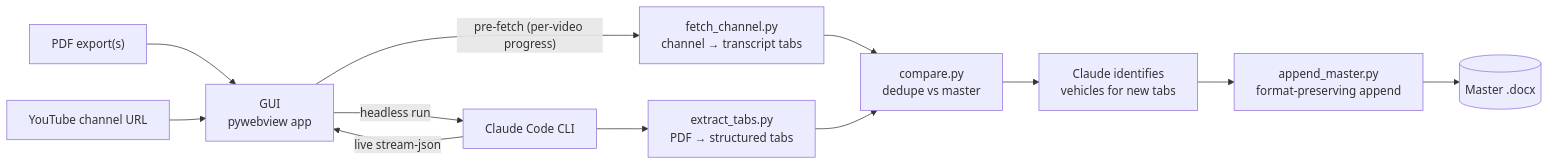
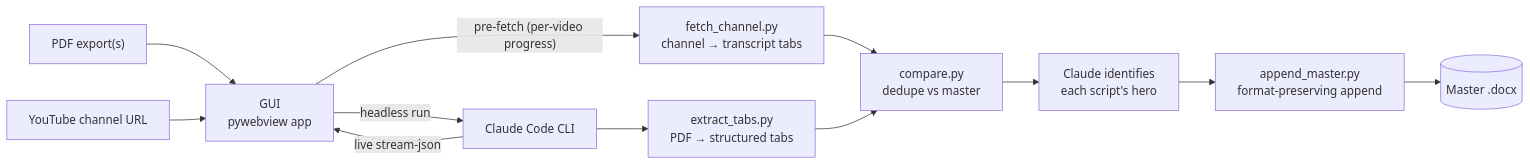
The diagram in README.md (kabeermahmood/script-index-updater), drawn with Mermaid before and after one commit. The commit also changed other lines of this file and 6 other files, not shown here.

````diff
--- a/README.md
+++ b/README.md
@@ -36,14 +36,14 @@
 ```mermaid
 flowchart LR
     A["PDF export(s)"] --> B[GUI<br/>pywebview app]
     A2["YouTube channel URL"] --> B
     B -->|"pre-fetch (per-video progress)"| D2[fetch_channel.py<br/>channel → transcript tabs]
     B -->|headless run| C[Claude Code CLI]
     C --> D[extract_tabs.py<br/>PDF → structured tabs]
     D2 --> E
     D --> E[compare.py<br/>dedupe vs master]
-    E --> F[Claude identifies<br/>vehicles for new tabs]
+    E --> F[Claude identifies<br/>each script's hero]
     F --> G[append_master.py<br/>format-preserving append]
     G --> H[(Master .docx)]
     C -->|live stream-json| B
 ```
````
